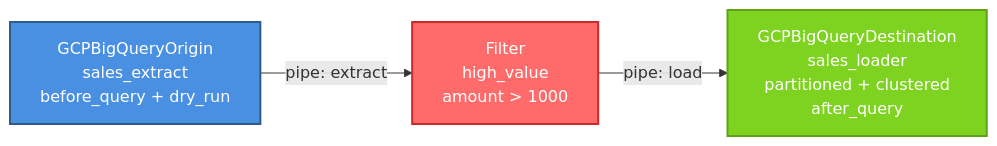
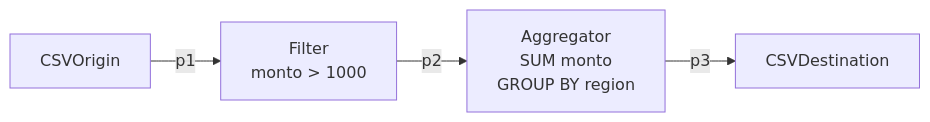
The second of 3 diagrams in README.md (bernardo-colorado-dubois/open-stage), drawn with Mermaid before and after one commit. The commit also changed other lines of this file and 55 other files, not shown here.

````diff
--- a/README.md
+++ b/README.md
@@ -612,9 +164,6 @@
 ```mermaid
 graph LR
-    A[GCPBigQueryOrigin<br/>sales_extract<br/>before_query + dry_run] -->|pipe: extract| B[Filter<br/>high_value<br/>amount > 1000]
-    B -->|pipe: load| C[GCPBigQueryDestination<br/>sales_loader<br/>partitioned + clustered<br/>after_query]
-    
-    style A fill:#4A90E2,stroke:#2E5C8A,stroke-width:2px,color:#fff
-    style B fill:#FF6B6B,stroke:#C92A2A,stroke-width:2px,color:#fff
-    style C fill:#7ED321,stroke:#5FA319,stroke-width:2px,color:#fff
+    A[CSVOrigin] -->|p1| B[Filter<br/>monto > 1000]
+    B -->|p2| C[Aggregator<br/>SUM monto<br/>GROUP BY region]
+    C -->|p3| D[CSVDestination]
 ```
````
